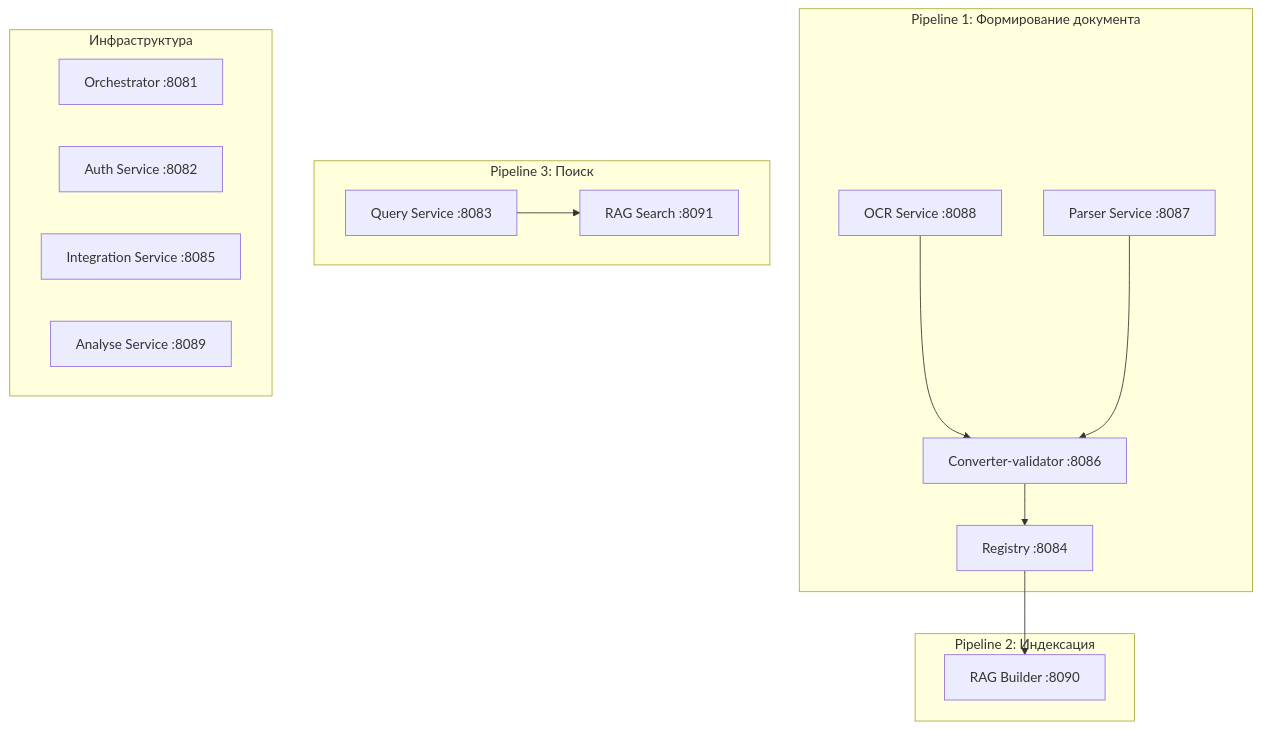
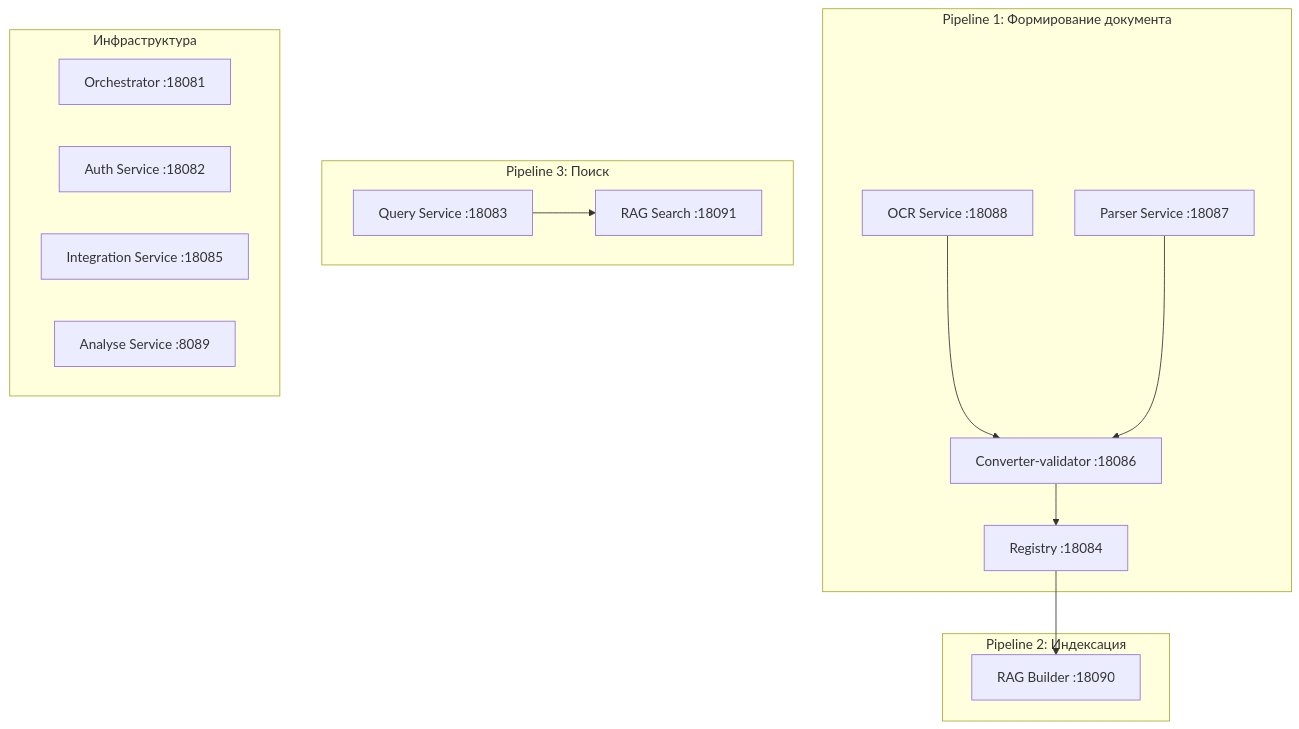
One commit to MasterKSAF/PKB changed the diagram in backend/service_checker/docs/schema/diagrams.md. Above: the diagram before and after it, drawn with Mermaid. The commit also changed 25 other files, not shown here.

````diff
--- a/backend/service_checker/docs/schema/diagrams.md
+++ b/backend/service_checker/docs/schema/diagrams.md
@@ -386,32 +386,32 @@
 ```mermaid
 flowchart TD
     subgraph Pipeline1_Formation[Pipeline 1: Формирование документа]
-        OCR[OCR Service :8088]
-        Parser[Parser Service :8087]
-        CV[Converter-validator :8086]
-        Registry[Registry :8084]
+        OCR[OCR Service :18088]
+        Parser[Parser Service :18087]
+        CV[Converter-validator :18086]
+        Registry[Registry :18084]
         %% D57: RAG Builder перенесён в Pipeline 2 (устранён дубль)
     end
 
     subgraph Pipeline2_Indexation[Pipeline 2: Индексация]
-        RAGI[RAG Builder :8090]
+        RAGI[RAG Builder :18090]
     end
 
     subgraph Pipeline3_Search[Pipeline 3: Поиск]
-        RAGS[RAG Search :8091]
-        QS[Query Service :8083]
+        RAGS[RAG Search :18091]
+        QS[Query Service :18083]
     end
 
     subgraph Infra[Инфраструктура]
-        Orch[Orchestrator :8081]
-        Auth[Auth Service :8082]
-        Integ[Integration Service :8085]
+        Orch[Orchestrator :18081]
+        Auth[Auth Service :18082]
+        Integ[Integration Service :18085]
         Analyse[Analyse Service :8089]
     end
 
     OCR --> CV
     Parser --> CV
     CV --> Registry
     Registry --> RAGI
     QS --> RAGS
 ```
````
